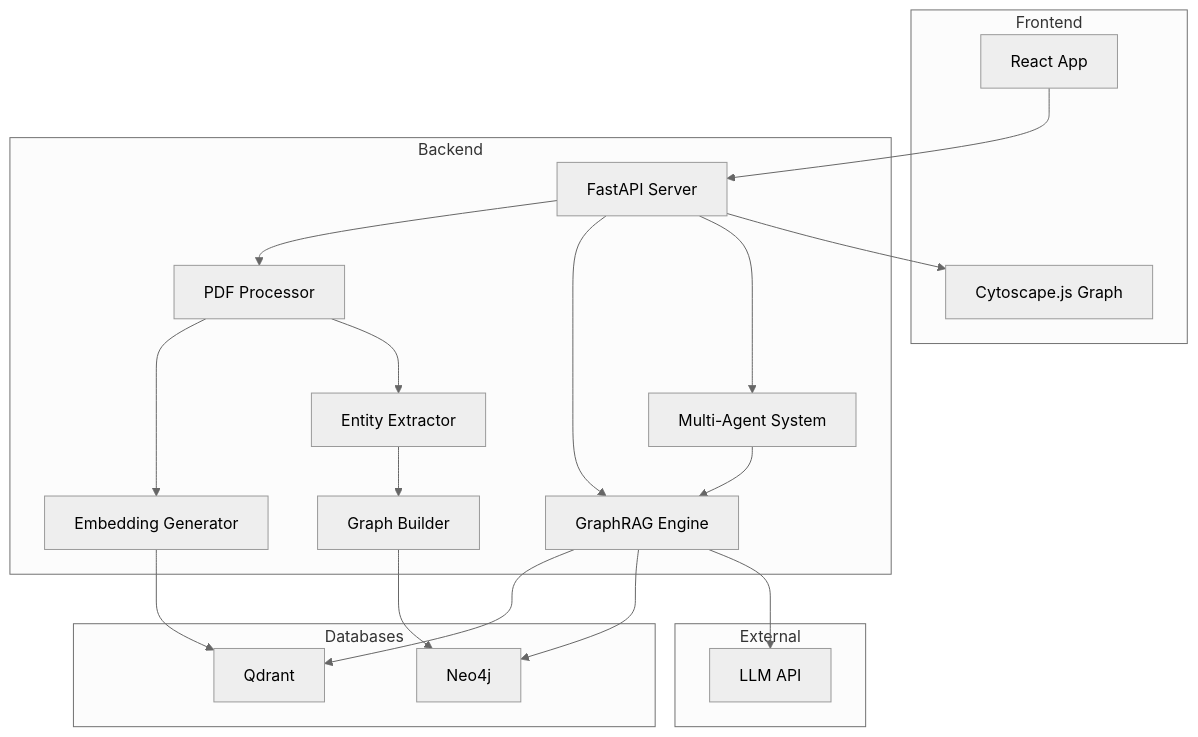
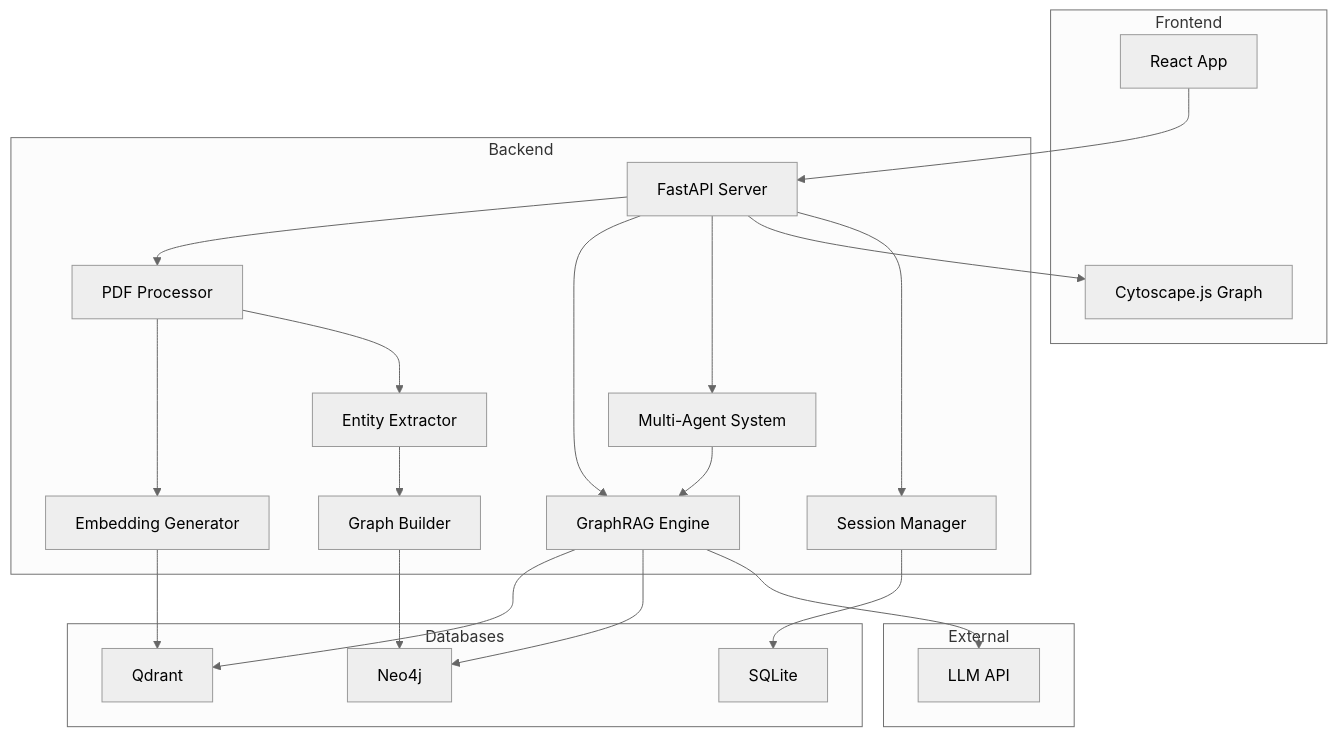
Before and after one commit to suraj-codes-24/Research-Node: the second of 2 diagrams in docs/04_system_requirements_specification.md, drawn with Mermaid (neutral theme). The commit also changed other lines of this file and 52 other files, not shown here.

````diff
--- a/docs/04_system_requirements_specification.md
+++ b/docs/04_system_requirements_specification.md
@@ -383,41 +408,45 @@
 ```mermaid
 graph TB
     subgraph Frontend
         UI["React App"]
         GV["Cytoscape.js Graph"]
     end
 
     subgraph Backend
         API["FastAPI Server"]
         PDF["PDF Processor"]
         EMB["Embedding Generator"]
         ENT["Entity Extractor"]
         GB["Graph Builder"]
         RAG["GraphRAG Engine"]
         AG["Multi-Agent System"]
+        SESS["Session Manager"]
     end
 
     subgraph Databases
         NEO["Neo4j"]
         QD["Qdrant"]
+        SQL["SQLite"]
     end
 
     subgraph External
         LLM["LLM API"]
     end
 
     UI --> API
     API --> PDF
     API --> RAG
     API --> AG
     PDF --> EMB
     PDF --> ENT
     EMB --> QD
     ENT --> GB
     GB --> NEO
     RAG --> QD
     RAG --> NEO
     RAG --> LLM
     AG --> RAG
     API --> GV
+    API --> SESS
+    SESS --> SQL
 ```
````
